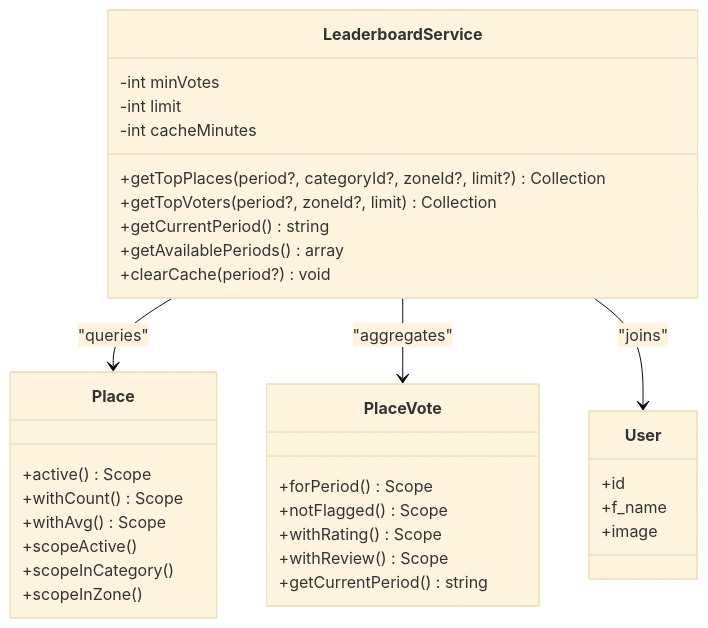
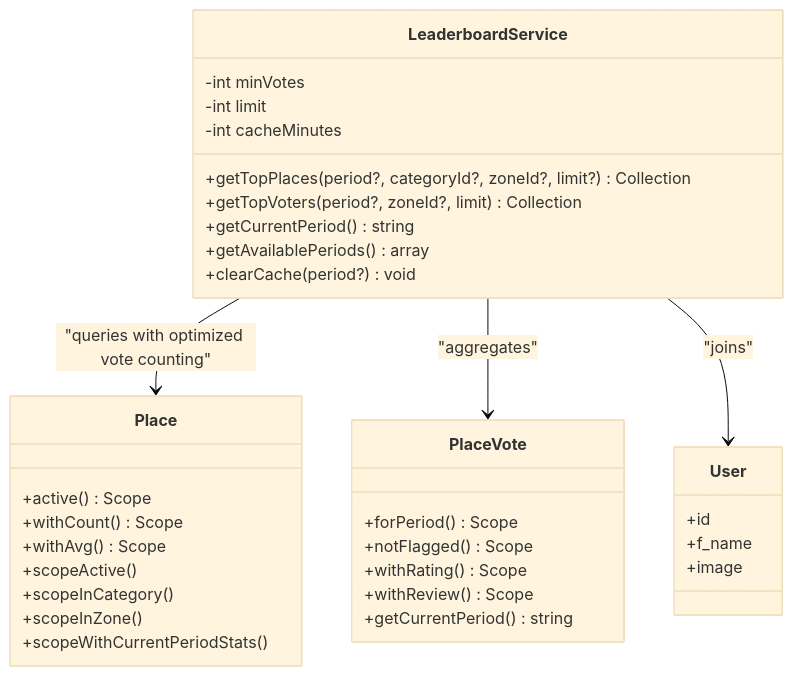
One commit to Hamdies/waddy_back changed the third of 7 diagrams in .qoder/repowiki/en/content/Business Modules/PlacesToVisit Module/Leaderboard and Ranking System.md. Above: the diagram before and after it, drawn with Mermaid (base theme). The commit also changed other lines of this file and 4 other files, not shown here.

````diff
--- a/.qoder/repowiki/en/content/Business Modules/PlacesToVisit Module/Leaderboard and Ranking System.md
+++ b/.qoder/repowiki/en/content/Business Modules/PlacesToVisit Module/Leaderboard and Ranking System.md
@@ -165,36 +181,37 @@
 ```mermaid
 classDiagram
 class LeaderboardService {
 -int minVotes
 -int limit
 -int cacheMinutes
 +getTopPlaces(period?, categoryId?, zoneId?, limit?) Collection
 +getTopVoters(period?, zoneId?, limit) Collection
 +getCurrentPeriod() string
 +getAvailablePeriods() array
 +clearCache(period?) void
 }
 class Place {
 +active() Scope
 +withCount() Scope
 +withAvg() Scope
 +scopeActive()
 +scopeInCategory()
 +scopeInZone()
++scopeWithCurrentPeriodStats()
 }
 class PlaceVote {
 +forPeriod() Scope
 +notFlagged() Scope
 +withRating() Scope
 +withReview() Scope
 +getCurrentPeriod() string
 }
 class User {
 +id
 +f_name
 +image
 }
-LeaderboardService --> Place : "queries"
+LeaderboardService --> Place : "queries with optimized vote counting"
 LeaderboardService --> PlaceVote : "aggregates"
 LeaderboardService --> User : "joins"
 ```
````
